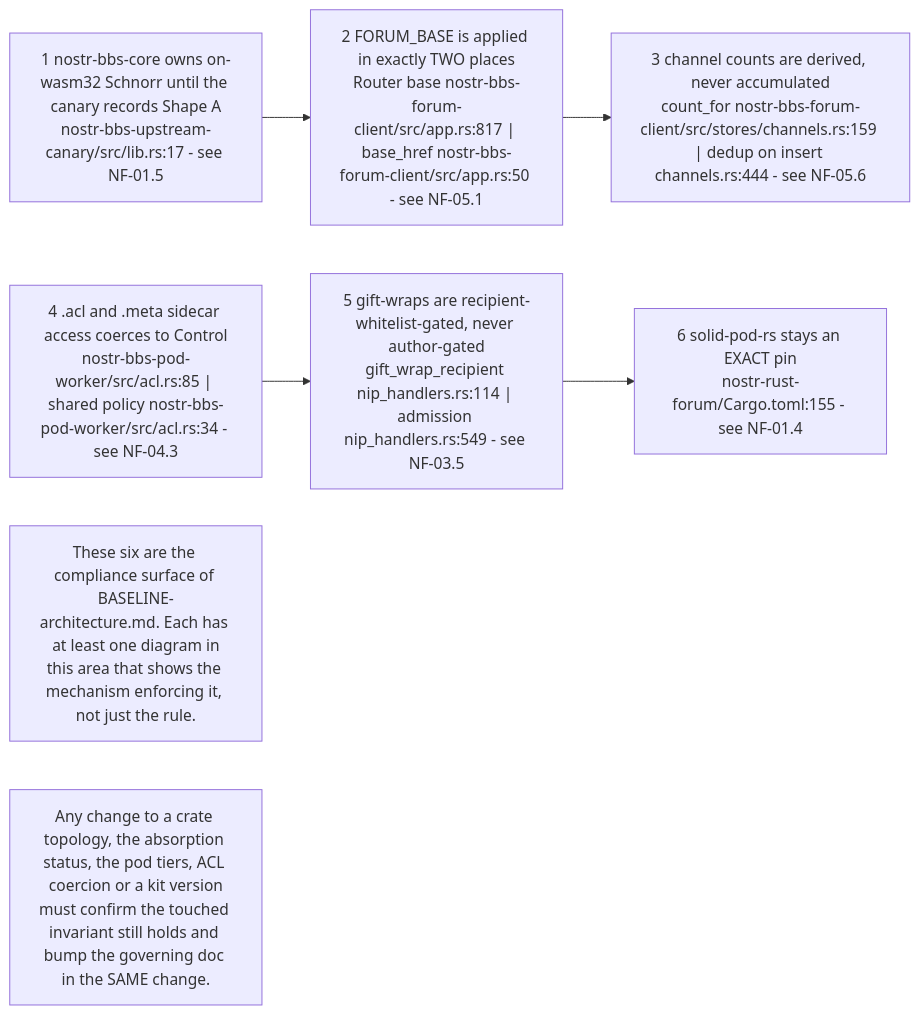
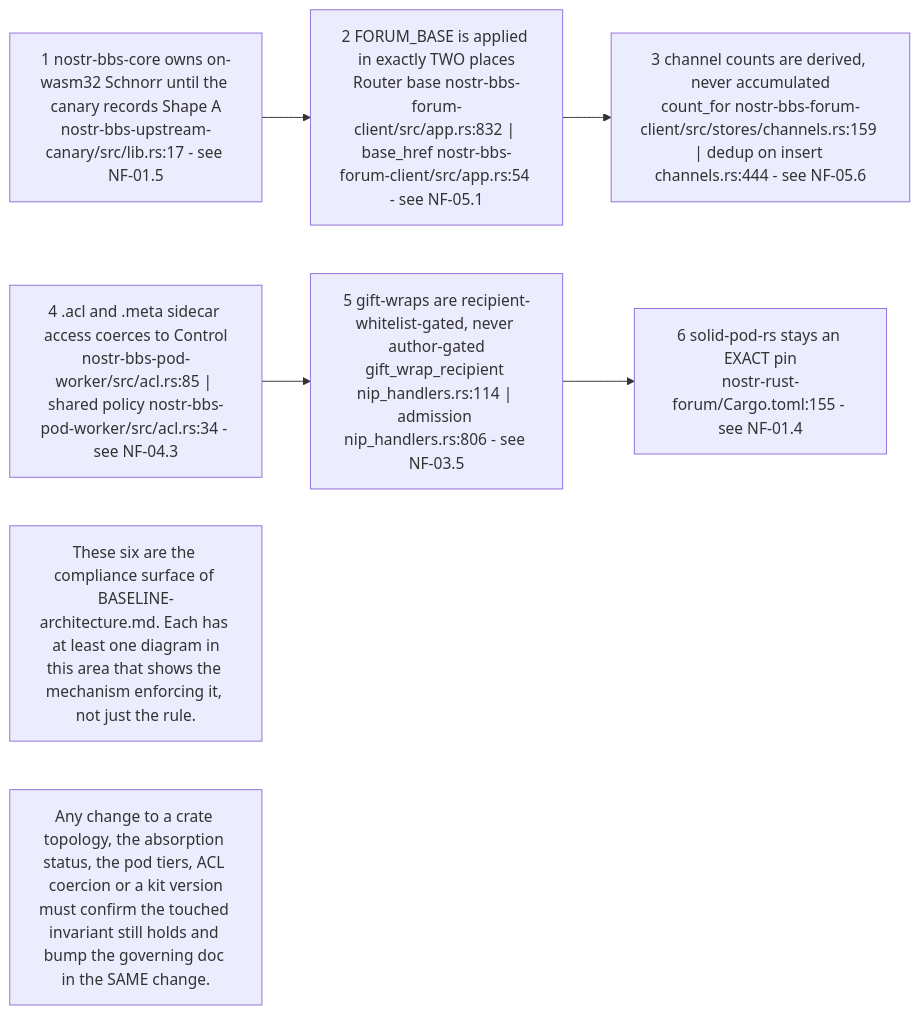
The first of 11 diagrams in docs/diagrams/nostr-rust-forum/10-invariants-and-anomaly-register.md (DreamLab-AI/VisionFlow), drawn with Mermaid before and after one commit. The commit also changed other lines of this file and 11 other files, not shown here.

````diff
--- a/docs/diagrams/nostr-rust-forum/10-invariants-and-anomaly-register.md
+++ b/docs/diagrams/nostr-rust-forum/10-invariants-and-anomaly-register.md
@@ -53,15 +55,15 @@
 ```mermaid
 flowchart LR
     I1["1 nostr-bbs-core owns on-wasm32 Schnorr until the canary records Shape A<br/>nostr-bbs-upstream-canary/src/lib.rs:17 - see NF-01.5"]
-    I2["2 FORUM_BASE is applied in exactly TWO places<br/>Router base nostr-bbs-forum-client/src/app.rs:817 | base_href nostr-bbs-forum-client/src/app.rs:50 - see NF-05.1"]
+    I2["2 FORUM_BASE is applied in exactly TWO places<br/>Router base nostr-bbs-forum-client/src/app.rs:832 | base_href nostr-bbs-forum-client/src/app.rs:54 - see NF-05.1"]
     I3["3 channel counts are derived, never accumulated<br/>count_for nostr-bbs-forum-client/src/stores/channels.rs:159 | dedup on insert channels.rs:444 - see NF-05.6"]
     I4["4 .acl and .meta sidecar access coerces to Control<br/>nostr-bbs-pod-worker/src/acl.rs:85 | shared policy nostr-bbs-pod-worker/src/acl.rs:34 - see NF-04.3"]
-    I5["5 gift-wraps are recipient-whitelist-gated, never author-gated<br/>gift_wrap_recipient nip_handlers.rs:114 | admission nip_handlers.rs:549 - see NF-03.5"]
+    I5["5 gift-wraps are recipient-whitelist-gated, never author-gated<br/>gift_wrap_recipient nip_handlers.rs:114 | admission nip_handlers.rs:806 - see NF-03.5"]
     I6["6 solid-pod-rs stays an EXACT pin<br/>nostr-rust-forum/Cargo.toml:155 - see NF-01.4"]
 
     I1 --> I2 --> I3
     I4 --> I5 --> I6
 
     N1["These six are the compliance surface of BASELINE-architecture.md. Each has at least one diagram in<br/>this area that shows the mechanism enforcing it, not just the rule."]
     N2["Any change to a crate topology, the absorption status, the pod tiers, ACL coercion or a kit version<br/>must confirm the touched invariant still holds and bump the governing doc in the SAME change."]
 ```
````
